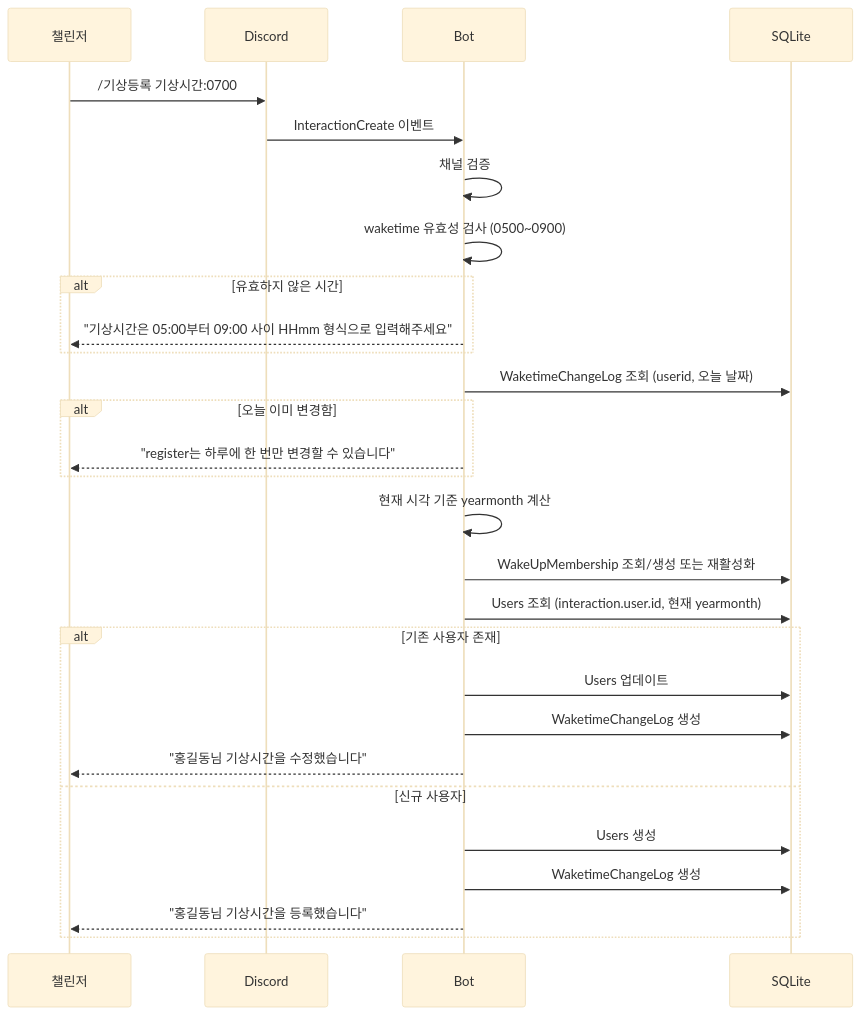
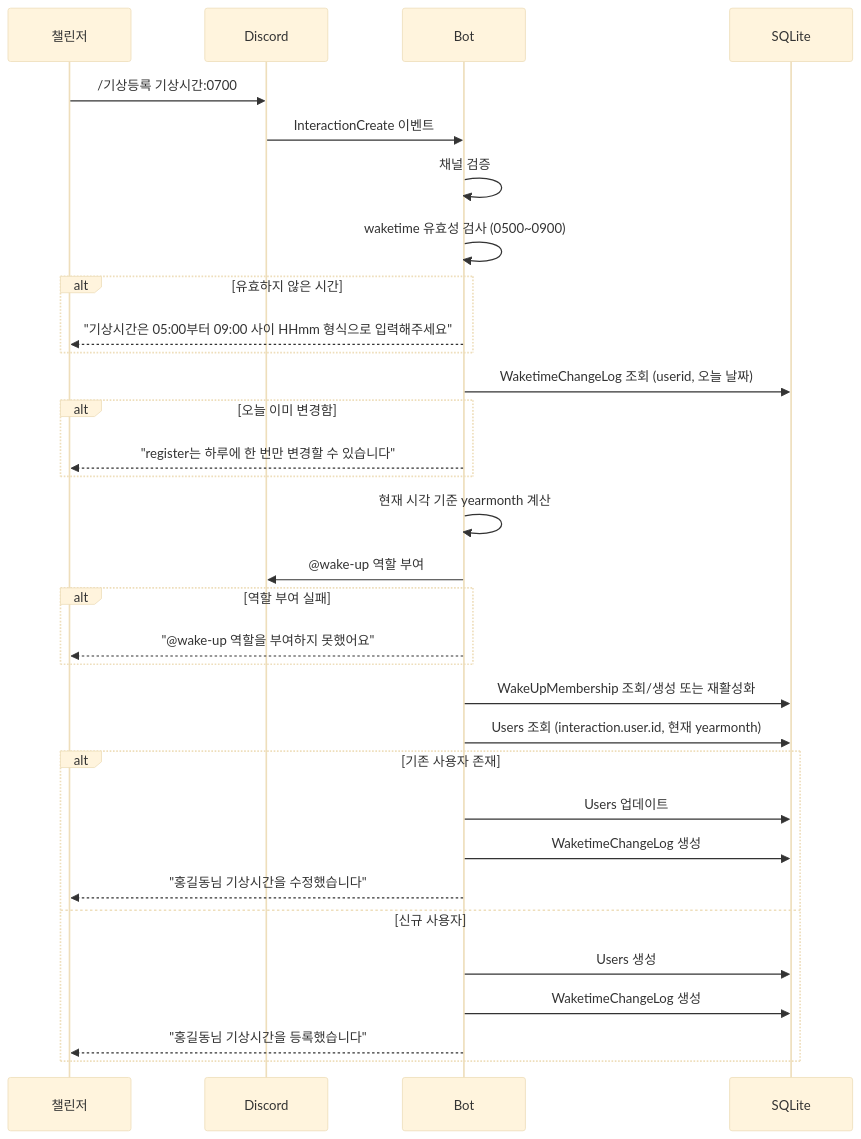
The sixth of 20 diagrams in docs/USER_STORIES.md (honki12345/haruharu-discord-bot), drawn with Mermaid (base theme) before and after one commit. The commit also changed other lines of this file and 8 other files, not shown here.

````diff
--- a/docs/USER_STORIES.md
+++ b/docs/USER_STORIES.md
@@ -211,36 +212,41 @@
 ```mermaid
 sequenceDiagram
     participant U as 챌린저
     participant D as Discord
     participant B as Bot
     participant DB as SQLite
 
     U->>D: /기상등록 기상시간:0700
 
     D->>B: InteractionCreate 이벤트
     B->>B: 채널 검증
 
     B->>B: waketime 유효성 검사 (0500~0900)
     alt 유효하지 않은 시간
         B-->>U: "기상시간은 05:00부터 09:00 사이 HHmm 형식으로 입력해주세요"
     end
 
     B->>DB: WaketimeChangeLog 조회 (userid, 오늘 날짜)
     alt 오늘 이미 변경함
         B-->>U: "register는 하루에 한 번만 변경할 수 있습니다"
     end
 
     B->>B: 현재 시각 기준 yearmonth 계산
+    B->>D: @wake-up 역할 부여
+    alt 역할 부여 실패
+        B-->>U: "@wake-up 역할을 부여하지 못했어요"
+    end
+
     B->>DB: WakeUpMembership 조회/생성 또는 재활성화
     B->>DB: Users 조회 (interaction.user.id, 현재 yearmonth)
 
     alt 기존 사용자 존재
         B->>DB: Users 업데이트
         B->>DB: WaketimeChangeLog 생성
         B-->>U: "홍길동님 기상시간을 수정했습니다"
     else 신규 사용자
         B->>DB: Users 생성
         B->>DB: WaketimeChangeLog 생성
         B-->>U: "홍길동님 기상시간을 등록했습니다"
     end
 ```
````
